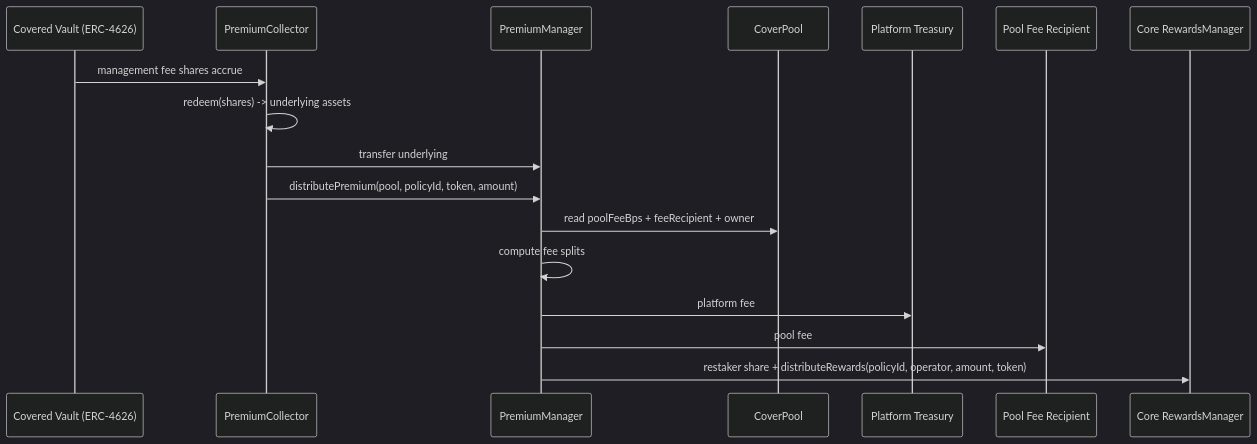
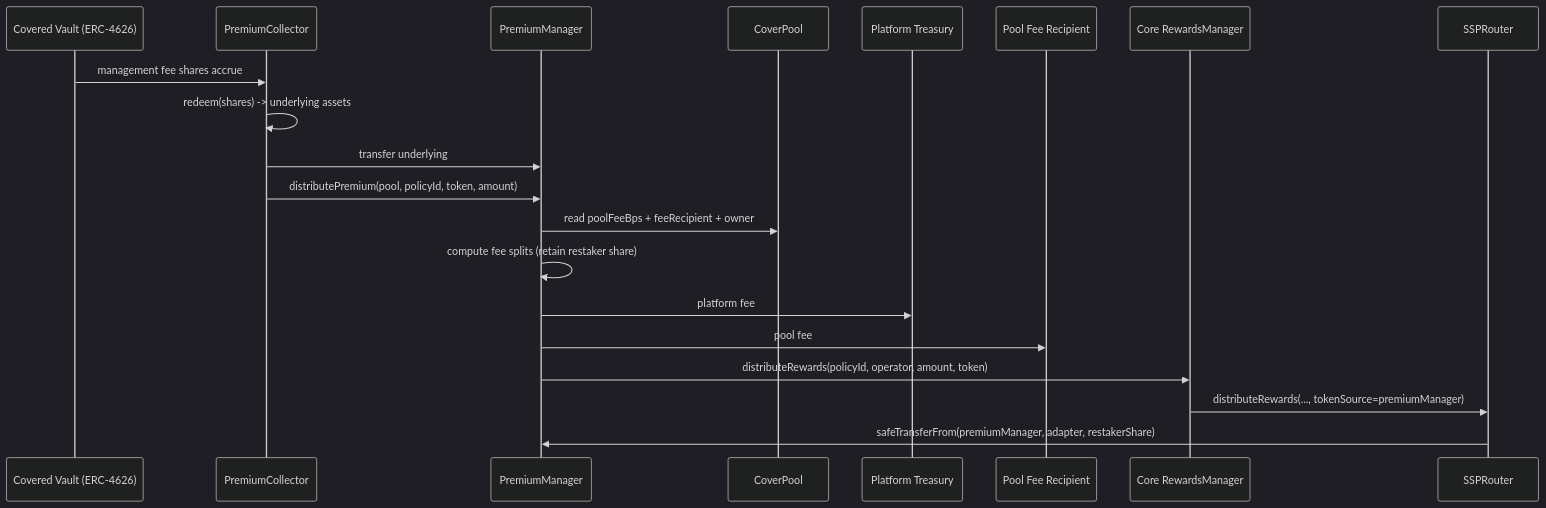
Before and after one commit to 0xcatalysis/coverage: the second of 5 diagrams in docs/architecture/06-premiums-claims.md, drawn with Mermaid (dark theme). The commit also changed other lines of this file and 67 other files, not shown here.

````diff
--- a/docs/architecture/06-premiums-claims.md
+++ b/docs/architecture/06-premiums-claims.md
@@ -60,20 +60,23 @@
 ```mermaid
 sequenceDiagram
     participant Vault as Covered Vault (ERC-4626)
     participant PC as PremiumCollector
     participant PRM as PremiumManager
     participant Pool as CoverPool
     participant Treasury as Platform Treasury
     participant PoolRecipient as Pool Fee Recipient
     participant RM as Core RewardsManager
+    participant SSP as SSPRouter
 
     Vault->>PC: management fee shares accrue
     PC->>PC: redeem(shares) -> underlying assets
     PC->>PRM: transfer underlying
     PC->>PRM: distributePremium(pool, policyId, token, amount)
     PRM->>Pool: read poolFeeBps + feeRecipient + owner
-    PRM->>PRM: compute fee splits
+    PRM->>PRM: compute fee splits (retain restaker share)
     PRM->>Treasury: platform fee
     PRM->>PoolRecipient: pool fee
-    PRM->>RM: restaker share + distributeRewards(policyId, operator, amount, token)
+    PRM->>RM: distributeRewards(policyId, operator, amount, token)
+    RM->>SSP: distributeRewards(..., tokenSource=premiumManager)
+    SSP->>PRM: safeTransferFrom(premiumManager, adapter, restakerShare)
 ```
````
